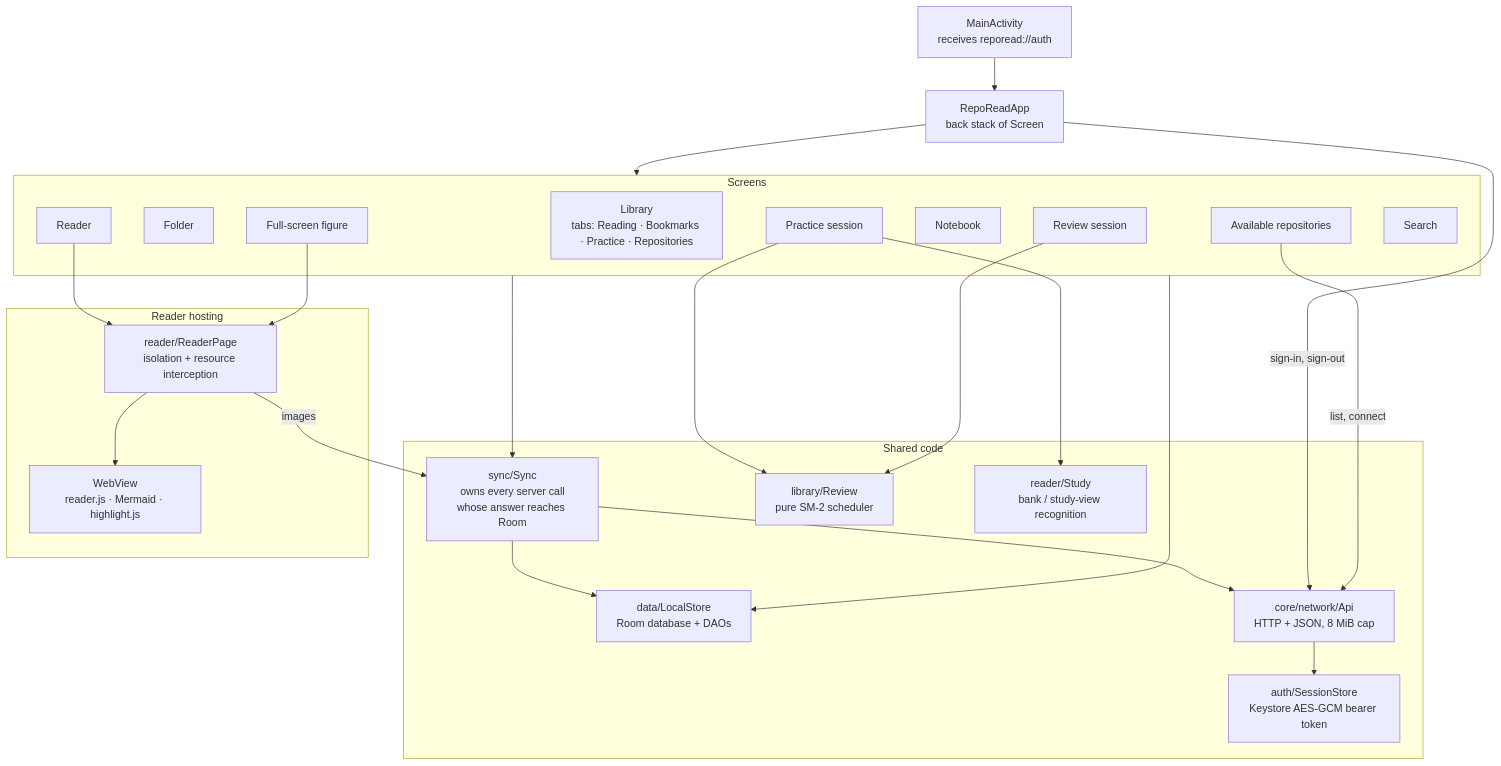
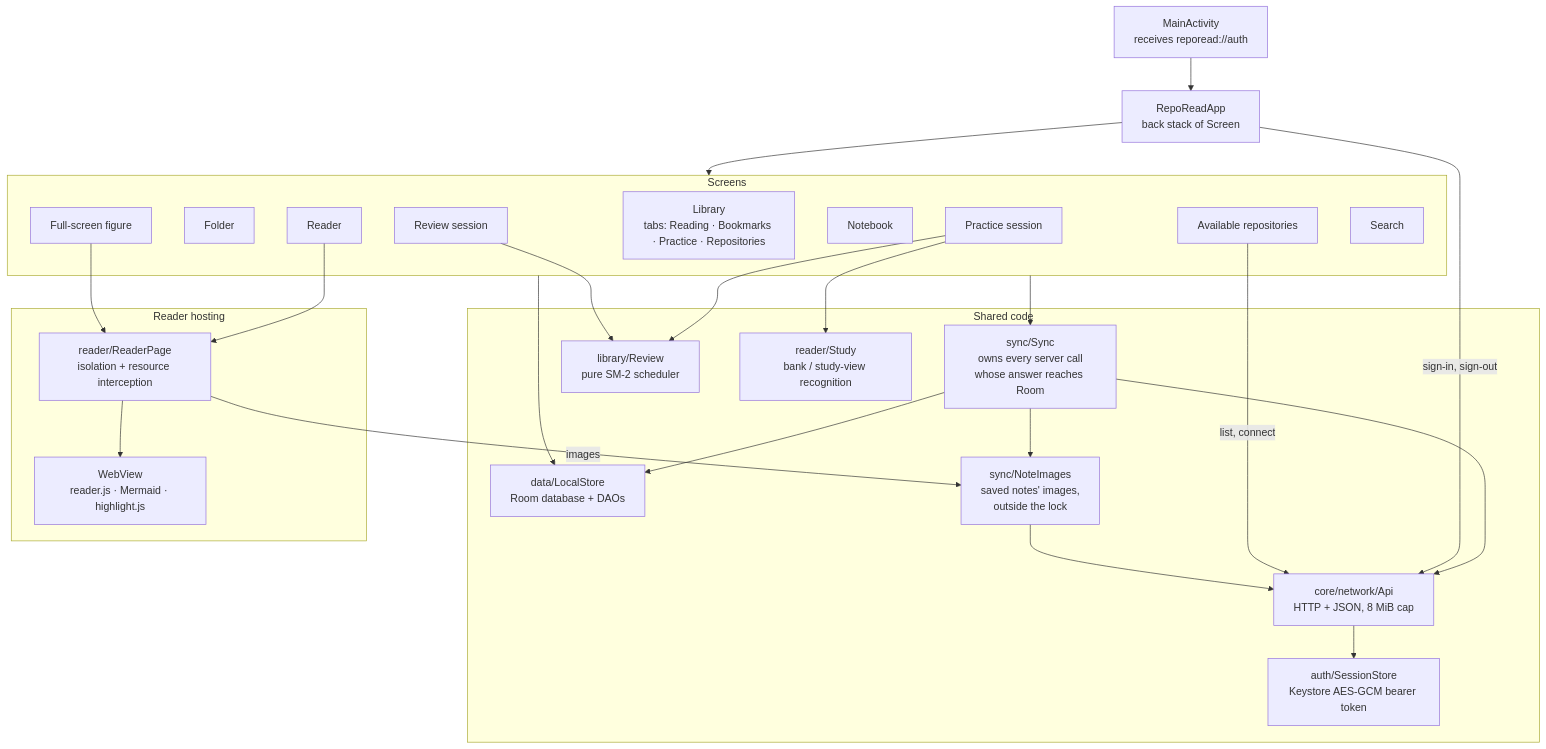
The fifth of 12 diagrams in docs/architecture.md (jaxwong/reporead), drawn with Mermaid before and after one commit. The commit also changed other lines of this file and 8 other files, not shown here.

First line of the commit message:
Move saved notes' images and the server's JSON mapping out of Sync

````diff
--- a/docs/architecture.md
+++ b/docs/architecture.md
@@ -262,48 +262,51 @@
 ```mermaid
 flowchart TB
     Main["MainActivity<br/>receives reporead://auth"]
     App["RepoReadApp<br/>back stack of Screen"]
     Main --> App
 
     subgraph Screens["Screens"]
         Library["Library<br/>tabs: Reading · Bookmarks · Practice · Repositories"]
         Folder["Folder"]
         Available["Available repositories"]
         Reader["Reader"]
         Figure["Full-screen figure"]
         Notebook["Notebook"]
         Practice["Practice session"]
         Review["Review session"]
         Search["Search"]
     end
     App --> Screens
 
     subgraph Core["Shared code"]
         Sync["sync/Sync<br/>owns every server call<br/>whose answer reaches Room"]
         Store["data/LocalStore<br/>Room database + DAOs"]
         Api["core/network/Api<br/>HTTP + JSON, 8 MiB cap"]
+        Images["sync/NoteImages<br/>saved notes' images,<br/>outside the lock"]
         Session["auth/SessionStore<br/>Keystore AES-GCM bearer token"]
         Sched["library/Review<br/>pure SM-2 scheduler"]
         StudyK["reader/Study<br/>bank / study-view recognition"]
     end
 
     subgraph ReaderHost["Reader hosting"]
         Page["reader/ReaderPage<br/>isolation + resource interception"]
         WebV["WebView<br/>reader.js · Mermaid · highlight.js"]
         Page --> WebV
     end
 
     Screens --> Sync
     Screens --> Store
     Practice --> StudyK
     Practice --> Sched
     Review --> Sched
     Reader --> Page
     Figure --> Page
     Sync --> Api
     App -- "sign-in, sign-out" --> Api
     Available -- "list, connect" --> Api
     Sync --> Store
     Api --> Session
-    Page -- "images" --> Sync
+    Page -- "images" --> Images
+    Sync --> Images
+    Images --> Api
 ```
````
